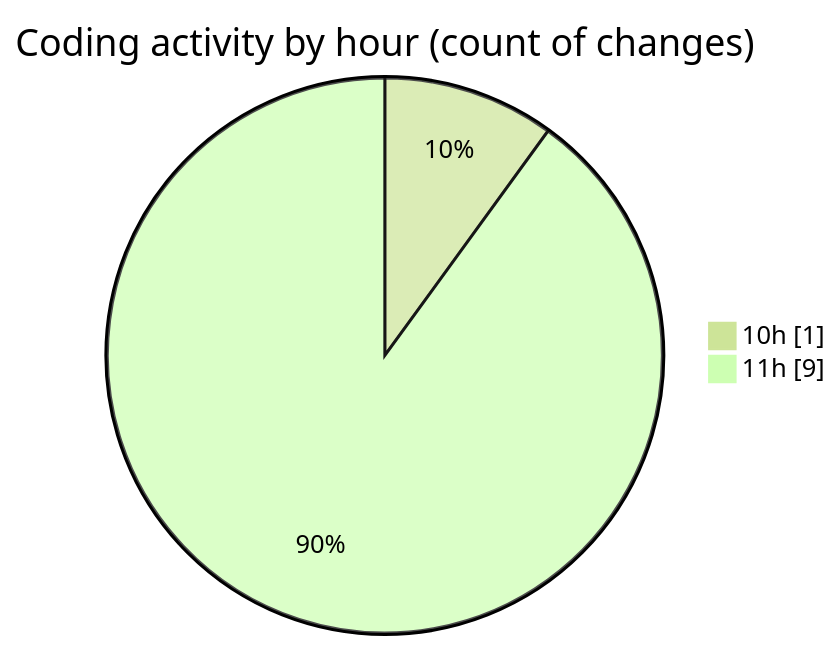
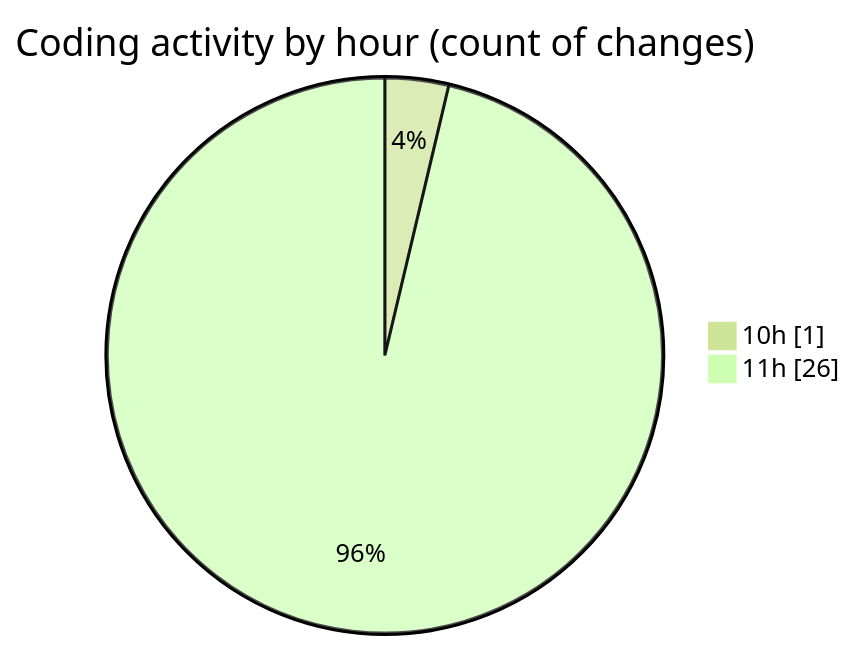
One commit to nxtqubesakshisongat/code-tracking changed the second of 2 diagrams in 2025-06-25/nxtqube_webapp/README.md. Above: the diagram before and after it, drawn with Mermaid (forest theme). The commit also changed other lines of this file and 1 other file, not shown here.

````diff
--- a/2025-06-25/nxtqube_webapp/README.md
+++ b/2025-06-25/nxtqube_webapp/README.md
@@ -31,6 +32,6 @@
 ```mermaid
 pie showData
 title Coding activity by hour (count of changes)
 "10h" : 1
-"11h" : 9
+"11h" : 26
 ```
````
